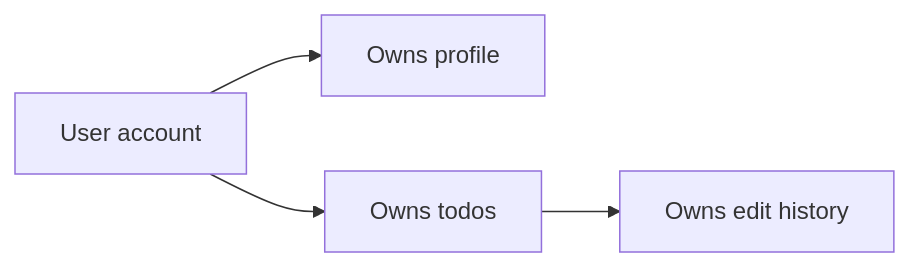
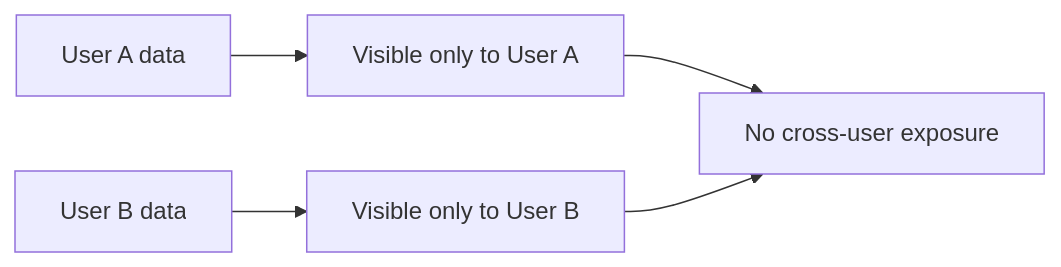
One commit to wrtnlabs/autobe-examples changed the second of 4 diagrams in openai/gpt-5.4-mini/todo/docs/analysis/05-non-functional.md. Above: the diagram before and after it, drawn with Mermaid. The commit also changed other lines of this file and 6645 other files, not shown here.

````diff
--- a/openai/gpt-5.4-mini/todo/docs/analysis/05-non-functional.md
+++ b/openai/gpt-5.4-mini/todo/docs/analysis/05-non-functional.md
@@ -37,6 +39,7 @@
 ```mermaid
 flowchart LR
-    A["User account"] --> B["Owns profile"]
-    A --> C["Owns todos"]
-    C --> D["Owns edit history"]
+    A["User A data"] --> B["Visible only to User A"]
+    C["User B data"] --> D["Visible only to User B"]
+    B --> E["No cross-user exposure"]
+    D --> E
 ```
````
